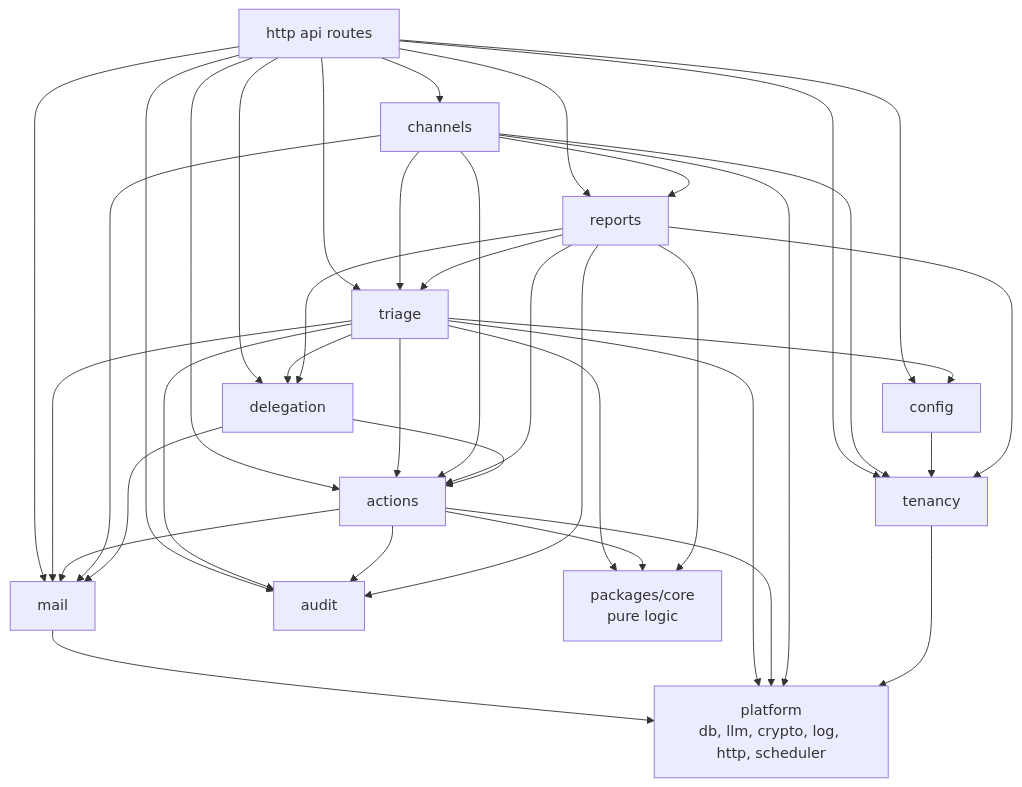
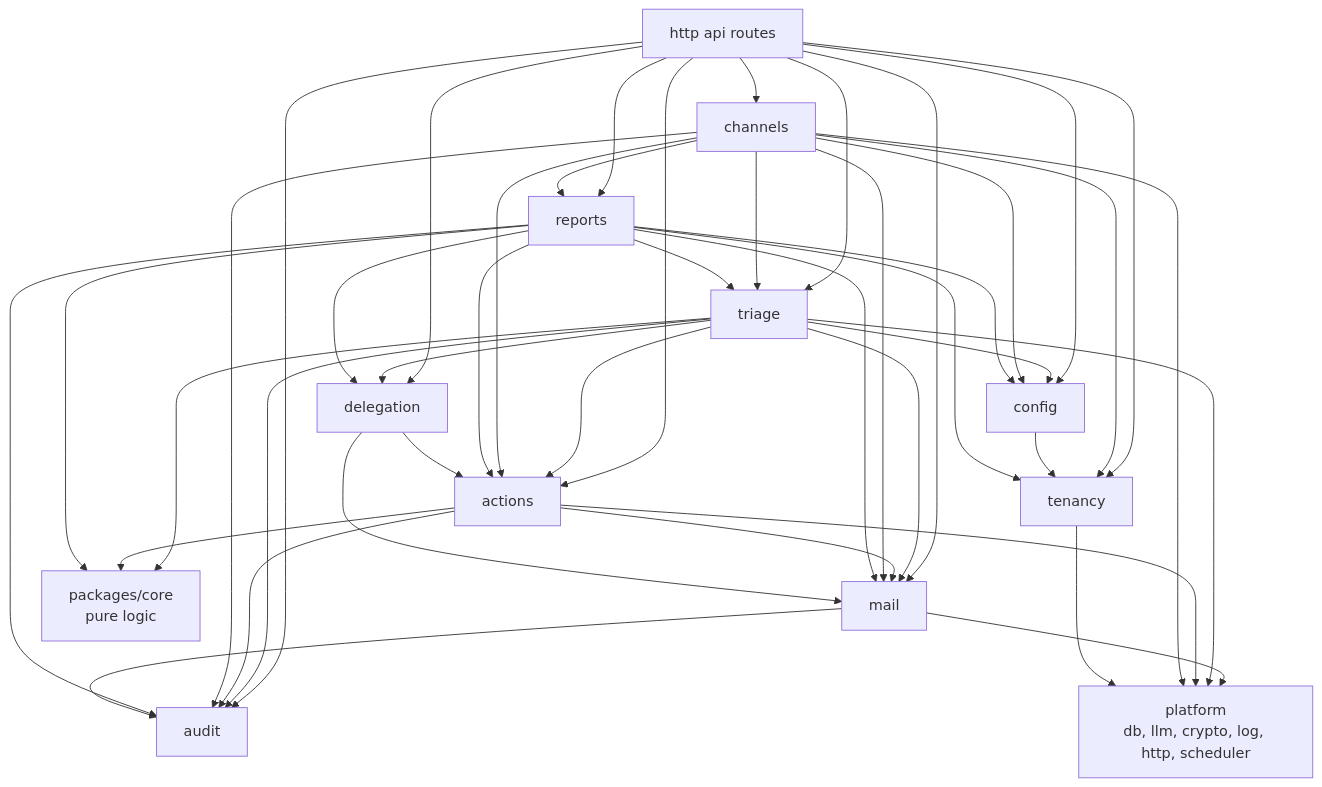
One commit to Artexs/email_assistant changed the second of 2 diagrams in docs/modules.md. Above: the diagram before and after it, drawn with Mermaid. The commit also changed other lines of this file and 11 other files, not shown here.

````diff
--- a/docs/modules.md
+++ b/docs/modules.md
@@ -70,42 +70,47 @@
 ```mermaid
 graph TD
     api[http api routes] --> tenancy
     api --> mail
     api --> config
     api --> actions
     api --> audit
     api --> reports
     api --> triage
     api --> channels
     api --> delegation
     triage --> config
     triage --> mail
     triage --> core
     triage --> delegation
     triage --> actions
     triage --> audit
     actions --> mail
     actions --> audit
     actions --> core
     channels --> actions
     channels --> reports
     channels --> triage
     channels --> tenancy
     channels --> mail
+    channels --> config
+    channels --> audit
     config --> tenancy
     reports --> tenancy
     reports --> actions
     reports --> triage
     reports --> delegation
     reports --> audit
+    reports --> mail
+    reports --> config
     reports --> core
     delegation --> actions
     delegation --> mail
+    mail --> audit
     mail --> platform
     triage --> platform
     actions --> platform
     channels --> platform
     tenancy --> platform
     core[packages/core<br/>pure logic]
     platform[platform<br/>db, llm, crypto, log, http, scheduler]
 ```
````
